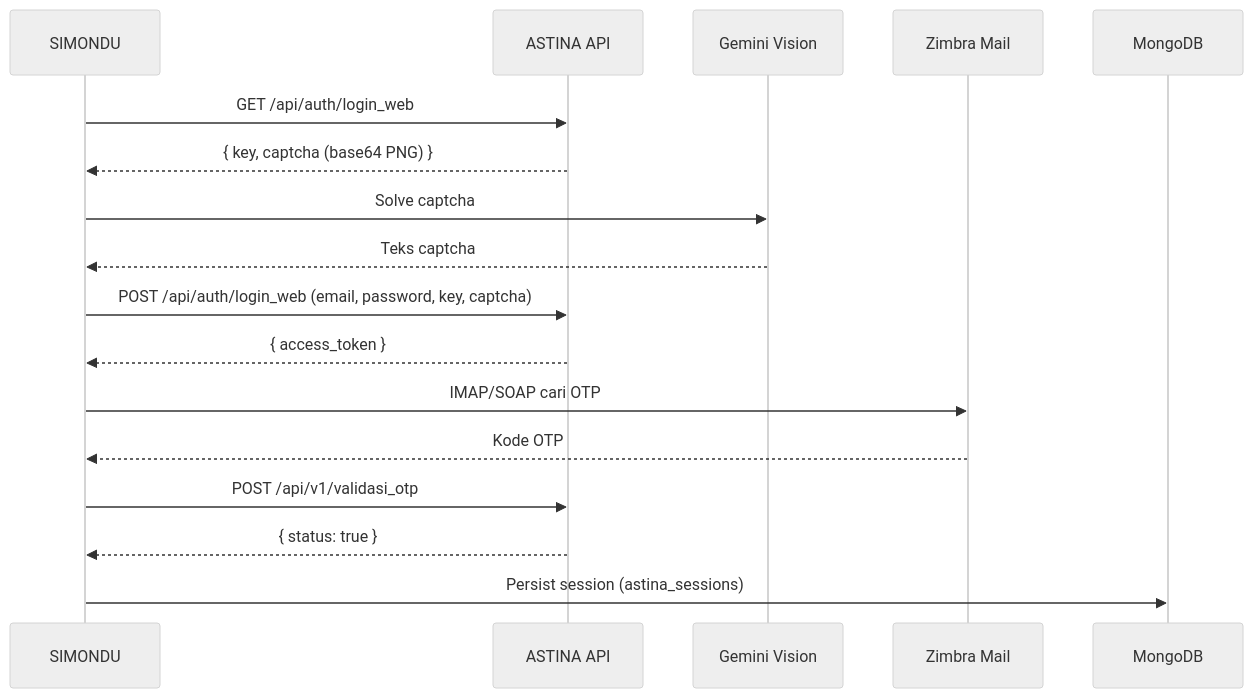
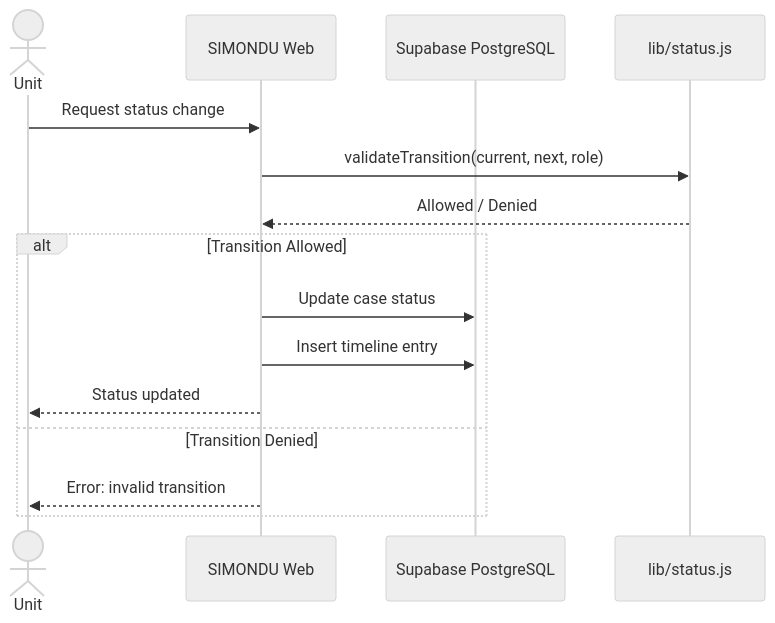
Before and after one commit to Kilodash/SIMONDU_WEB: the second of 4 diagrams in brain/flow.md, drawn with Mermaid (neutral theme). The commit also changed other lines of this file and 22 other files, not shown here.

First line of the commit message:
feat: migrate to new Polda Jabar 3-bucket status model + unit sync from Gajamada

````diff
--- a/brain/flow.md
+++ b/brain/flow.md
@@ -58,25 +81,19 @@
 ```mermaid
 sequenceDiagram
-    participant SIMONDU
-    participant ASTINA as ASTINA API
-    participant Gemini as Gemini Vision
-    participant Zimbra as Zimbra Mail
-    participant DB as MongoDB
+    actor Unit
+    participant SIMONDU as SIMONDU Web
+    participant DB as Supabase PostgreSQL
+    participant Status as lib/status.js
 
-    SIMONDU->>ASTINA: GET /api/auth/login_web
-    ASTINA-->>SIMONDU: { key, captcha (base64 PNG) }
+    Unit->>SIMONDU: Request status change
+    SIMONDU->>Status: validateTransition(current, next, role)
+    Status-->>SIMONDU: Allowed / Denied
 
-    SIMONDU->>Gemini: Solve captcha
-    Gemini-->>SIMONDU: Teks captcha
-
-    SIMONDU->>ASTINA: POST /api/auth/login_web (email, password, key, captcha)
-    ASTINA-->>SIMONDU: { access_token }
-
-    SIMONDU->>Zimbra: IMAP/SOAP cari OTP
-    Zimbra-->>SIMONDU: Kode OTP
-
-    SIMONDU->>ASTINA: POST /api/v1/validasi_otp
-    ASTINA-->>SIMONDU: { status: true }
-
-    SIMONDU->>DB: Persist session (astina_sessions)
+    alt Transition Allowed
+        SIMONDU->>DB: Update case status
+        SIMONDU->>DB: Insert timeline entry
+        SIMONDU-->>Unit: Status updated
+    else Transition Denied
+        SIMONDU-->>Unit: Error: invalid transition
+    end
 ```
````
